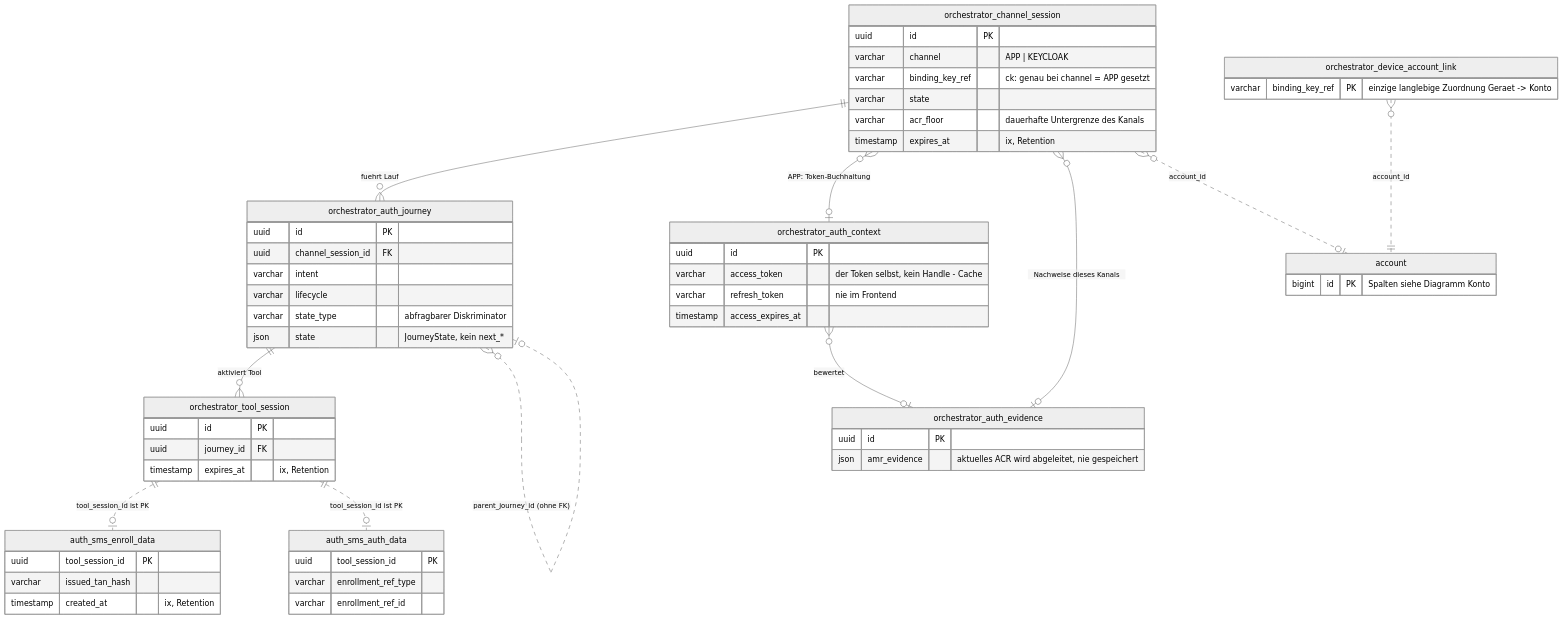
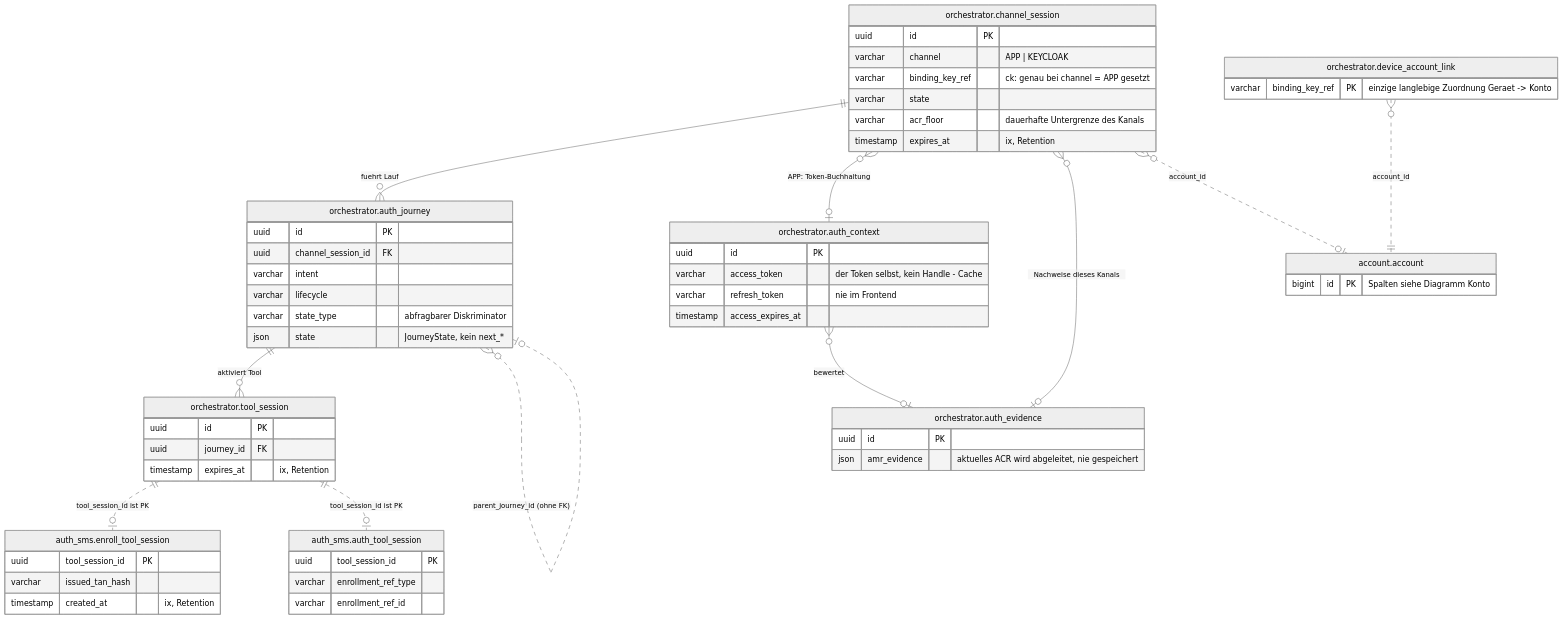
Before and after one commit to rpreissel/DPoP-demo: the fifth of 5 diagrams in docs/02-domaenenmodell.md, drawn with Mermaid (neutral theme). The commit also changed other lines of this file and 108 other files, not shown here.

First line of the commit message:
refactor: ein Datenbankschema je Modul statt Tabellenpraefix

````diff
--- a/docs/02-domaenenmodell.md
+++ b/docs/02-domaenenmodell.md
@@ -234,61 +237,61 @@
 ```mermaid
 erDiagram
-  orchestrator_channel_session ||--o{ orchestrator_auth_journey : "fuehrt Lauf"
-  orchestrator_auth_journey ||--o{ orchestrator_tool_session : "aktiviert Tool"
-  orchestrator_channel_session }o--o| orchestrator_auth_context : "APP: Token-Buchhaltung"
-  orchestrator_channel_session }o--o| orchestrator_auth_evidence : "Nachweise dieses Kanals"
-  orchestrator_auth_context }o--o| orchestrator_auth_evidence : "bewertet"
-  orchestrator_auth_journey }o..o| orchestrator_auth_journey : "parent_journey_id (ohne FK)"
-  orchestrator_tool_session ||..o| auth_sms_enroll_data : "tool_session_id ist PK"
-  orchestrator_tool_session ||..o| auth_sms_auth_data : "tool_session_id ist PK"
-  orchestrator_channel_session }o..o| account : "account_id"
-  orchestrator_device_account_link }o..|| account : "account_id"
+  orchestrator.channel_session ||--o{ orchestrator.auth_journey : "fuehrt Lauf"
+  orchestrator.auth_journey ||--o{ orchestrator.tool_session : "aktiviert Tool"
+  orchestrator.channel_session }o--o| orchestrator.auth_context : "APP: Token-Buchhaltung"
+  orchestrator.channel_session }o--o| orchestrator.auth_evidence : "Nachweise dieses Kanals"
+  orchestrator.auth_context }o--o| orchestrator.auth_evidence : "bewertet"
+  orchestrator.auth_journey }o..o| orchestrator.auth_journey : "parent_journey_id (ohne FK)"
+  orchestrator.tool_session ||..o| auth_sms.enroll_tool_session : "tool_session_id ist PK"
+  orchestrator.tool_session ||..o| auth_sms.auth_tool_session : "tool_session_id ist PK"
+  orchestrator.channel_session }o..o| account.account : "account_id"
+  orchestrator.device_account_link }o..|| account.account : "account_id"
 
-  orchestrator_channel_session {
+  orchestrator.channel_session {
     uuid id PK
     varchar channel "APP | KEYCLOAK"
     varchar binding_key_ref "ck: genau bei channel = APP gesetzt"
     varchar state
     varchar acr_floor "dauerhafte Untergrenze des Kanals"
     timestamp expires_at "ix, Retention"
   }
-  orchestrator_auth_journey {
+  orchestrator.auth_journey {
     uuid id PK
     uuid channel_session_id FK
     varchar intent
     varchar lifecycle
     varchar state_type "abfragbarer Diskriminator"
     json state "JourneyState, kein next_*"
   }
-  orchestrator_tool_session {
+  orchestrator.tool_session {
     uuid id PK
     uuid journey_id FK
     timestamp expires_at "ix, Retention"
   }
-  orchestrator_auth_context {
+  orchestrator.auth_context {
     uuid id PK
     varchar access_token "der Token selbst, kein Handle - Cache"
     varchar refresh_token "nie im Frontend"
     timestamp access_expires_at
   }
-  orchestrator_auth_evidence {
+  orchestrator.auth_evidence {
     uuid id PK
     json amr_evidence "aktuelles ACR wird abgeleitet, nie gespeichert"
   }
-  orchestrator_device_account_link {
+  orchestrator.device_account_link {
     varchar binding_key_ref PK "einzige langlebige Zuordnung Geraet -> Konto"
   }
-  account {
+  account.account {
     bigint id PK "Spalten siehe Diagramm Konto"
   }
-  auth_sms_enroll_data {
+  auth_sms.enroll_tool_session {
     uuid tool_session_id PK
     varchar issued_tan_hash
     timestamp created_at "ix, Retention"
   }
-  auth_sms_auth_data {
+  auth_sms.auth_tool_session {
     uuid tool_session_id PK
     varchar enrollment_ref_type
     varchar enrollment_ref_id
   }
 ```
````
